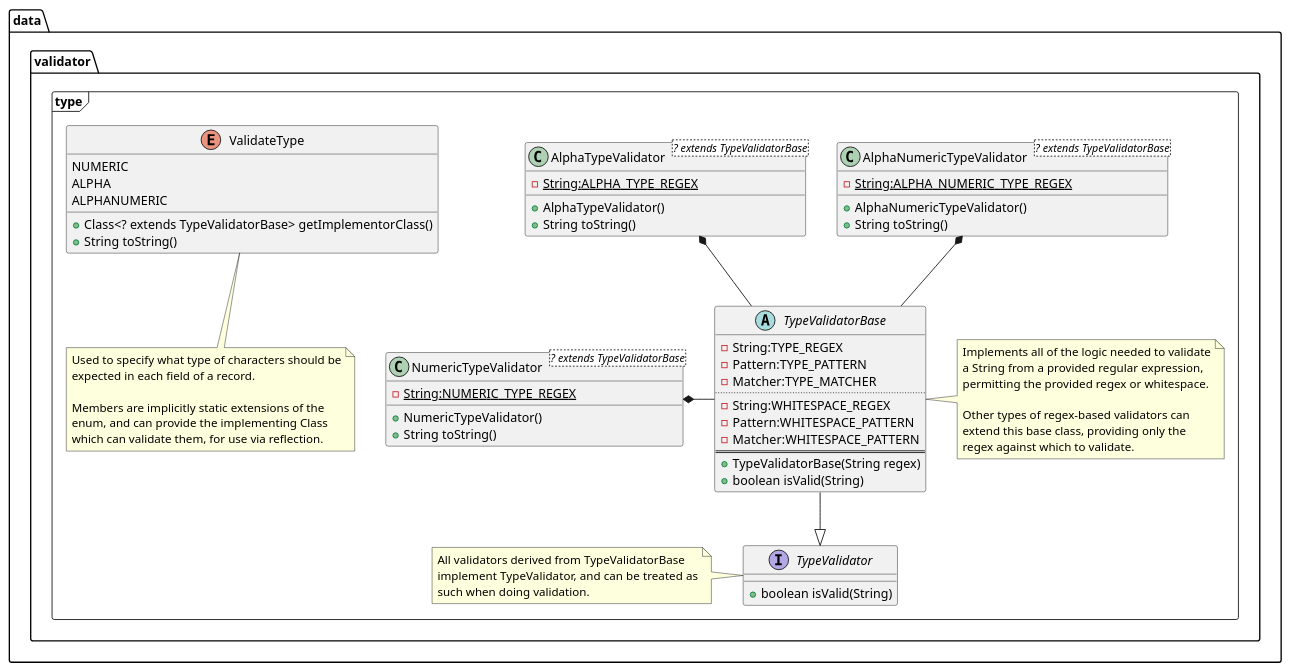
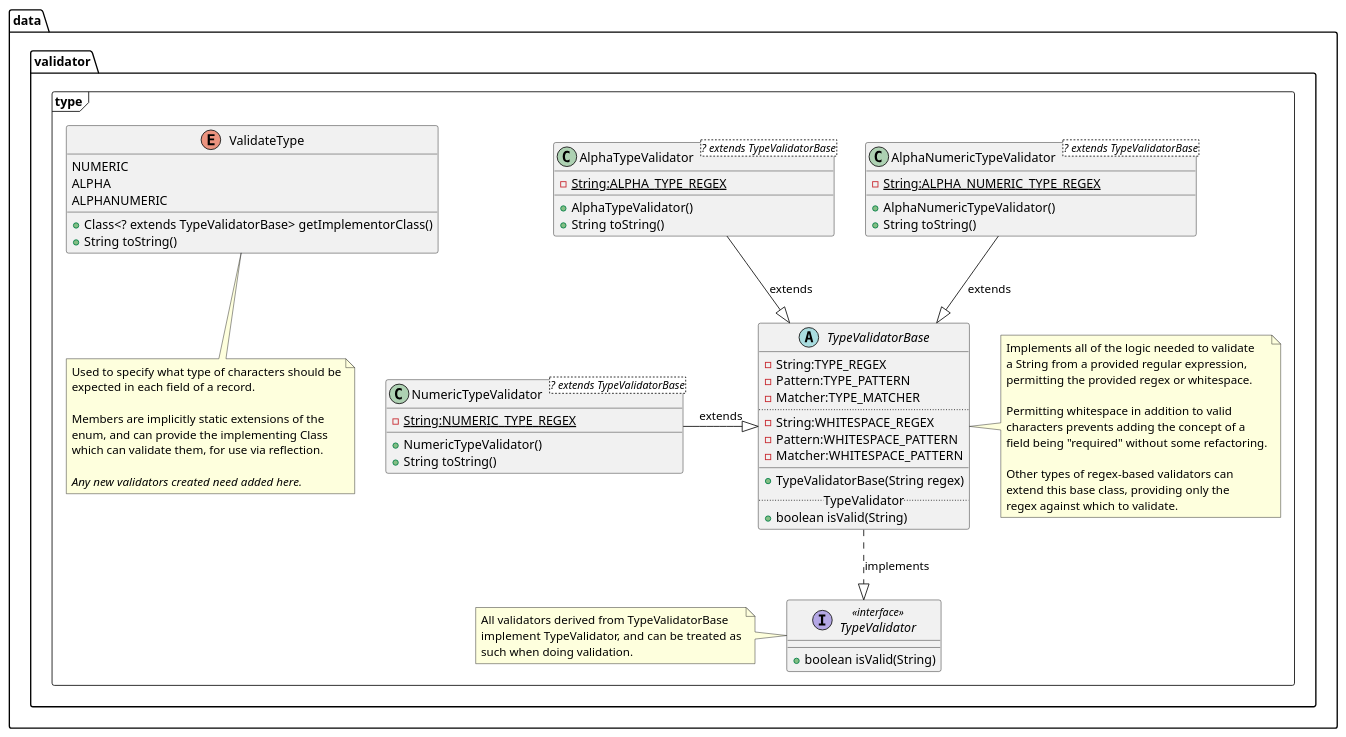
Before and after one commit to purpleabab/wtcs-data-systems-validators: the diagram in document/uml/data.validator.type.puml, drawn with PlantUML. The commit also changed 3 other files, not shown here.

Commit message:
Updated UML documentation

```diff
--- a/document/uml/data.validator.type.puml
+++ b/document/uml/data.validator.type.puml
@@ -1,77 +1,108 @@
 @startuml
 package data.validator.type <<Frame>> {
 
-interface TypeValidator {
-  +boolean isValid(String)
-}
+/'
+===============
+DEFINE ENTITIES
+===============
+'/
 
-abstract class TypeValidatorBase {
-  -String:TYPE_REGEX
-  -Pattern:TYPE_PATTERN
-  -Matcher:TYPE_MATCHER
-  ..
-  -String:WHITESPACE_REGEX
-  -Pattern:WHITESPACE_PATTERN
-  -Matcher:WHITESPACE_PATTERN
-  ==
-  +TypeValidatorBase(String regex)
-  +boolean isValid(String)
-}
+  interface TypeValidator <<interface>> {
+    +boolean isValid(String)
+  }
 
-class NumericTypeValidator<? extends TypeValidatorBase> {
-  -{static} String:NUMERIC_TYPE_REGEX
-  +NumericTypeValidator()
-  +String toString()
-}
-class AlphaNumericTypeValidator<? extends TypeValidatorBase> {
-  -{static} String:ALPHA_NUMERIC_TYPE_REGEX
-  +AlphaNumericTypeValidator()
-  +String toString()
-}
-class AlphaTypeValidator<? extends TypeValidatorBase> {
-  -{static} String:ALPHA_TYPE_REGEX
-  +AlphaTypeValidator()
-  +String toString()
-}
+  abstract class TypeValidatorBase {
+    -String:TYPE_REGEX
+    -Pattern:TYPE_PATTERN
+    -Matcher:TYPE_MATCHER
+    ..
+    -String:WHITESPACE_REGEX
+    -Pattern:WHITESPACE_PATTERN
+    -Matcher:WHITESPACE_PATTERN
+    __
+    +TypeValidatorBase(String regex)
+    ..TypeValidator..
+    +boolean isValid(String)
+  }
 
-enum ValidateType {
-  NUMERIC
-  ALPHA
-  ALPHANUMERIC
-  +Class<? extends TypeValidatorBase> getImplementorClass()
-  +String toString()
-}
+  class NumericTypeValidator<? extends TypeValidatorBase> {
+    -{static} String:NUMERIC_TYPE_REGEX
+    __
+    +NumericTypeValidator()
+    +String toString()
+  }
 
-NumericTypeValidator *-right- TypeValidatorBase
-AlphaTypeValidator *-- TypeValidatorBase
-AlphaNumericTypeValidator *-- TypeValidatorBase
+  class AlphaNumericTypeValidator<? extends TypeValidatorBase> {
+    -{static} String:ALPHA_NUMERIC_TYPE_REGEX
+    __
+    +AlphaNumericTypeValidator()
+    +String toString()
+  }
 
-TypeValidatorBase --|> TypeValidator
+  class AlphaTypeValidator<? extends TypeValidatorBase> {
+    -{static} String:ALPHA_TYPE_REGEX
+    __
+    +AlphaTypeValidator()
+    +String toString()
+  }
+
+  enum ValidateType {
+    NUMERIC
+    ALPHA
+    ALPHANUMERIC
+    __
+    +Class<? extends TypeValidatorBase> getImplementorClass()
+    +String toString()
+  }
+
+/'
+=================================
+DEFINE RELATIONS BETWEEN ENTITIES
+=================================
+'/
+
+NumericTypeValidator -right-|> TypeValidatorBase:extends
+AlphaTypeValidator --|> TypeValidatorBase:extends
+AlphaNumericTypeValidator --|> TypeValidatorBase:extends
+
+TypeValidatorBase ..|> TypeValidator:implements
+
+/'
+============================
+NOTES ABOUT VARIOUS ENTITIES
+============================
+'/
 
 note bottom of ValidateType
 Used to specify what type of characters should be
 expected in each field of a record.
 
 Members are implicitly static extensions of the
 enum, and can provide the implementing Class
 which can validate them, for use via reflection.
+
+<i>Any new validators created need added here.</i>
 end note
 
 note right of TypeValidatorBase
 Implements all of the logic needed to validate
 a String from a provided regular expression,
 permitting the provided regex or whitespace.
+
+Permitting whitespace in addition to valid
+characters prevents adding the concept of a
+field being "required" without some refactoring.
 
 Other types of regex-based validators can
 extend this base class, providing only the
 regex against which to validate.
 end note
 
 note left of TypeValidator
 All validators derived from TypeValidatorBase
 implement TypeValidator, and can be treated as
 such when doing validation.
 end note
 
 }
 @enduml
```
